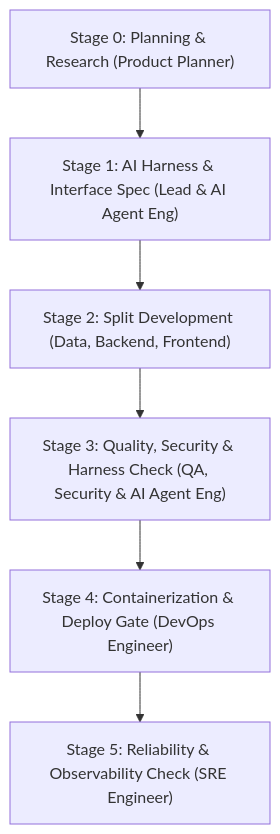
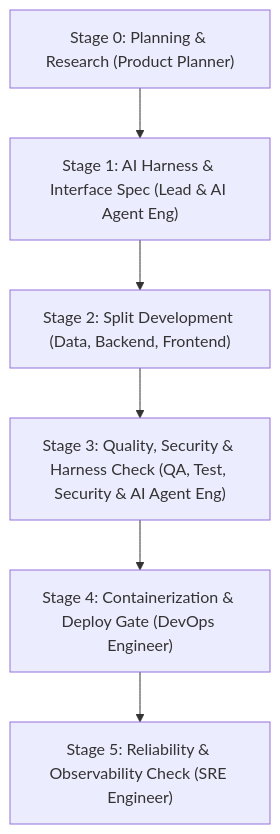
Before and after one commit to DongJinNam/dev-team-skills: the diagram in skills/SKILL_en.md, drawn with Mermaid. The commit also changed other lines of this file and 19 other files, not shown here.

````diff
--- a/skills/SKILL_en.md
+++ b/skills/SKILL_en.md
@@ -55,8 +58,8 @@
 ```mermaid
 flowchart TD
     S0["Stage 0: Planning & Research (Product Planner)"] --> S1["Stage 1: AI Harness & Interface Spec (Lead & AI Agent Eng)"]
     S1 --> S2["Stage 2: Split Development (Data, Backend, Frontend)"]
-    S2 --> S3["Stage 3: Quality, Security & Harness Check (QA, Security & AI Agent Eng)"]
+    S2 --> S3["Stage 3: Quality, Security & Harness Check (QA, Test, Security & AI Agent Eng)"]
     S3 --> S4["Stage 4: Containerization & Deploy Gate (DevOps Engineer)"]
     S4 --> S5["Stage 5: Reliability & Observability Check (SRE Engineer)"]
 ```
````
